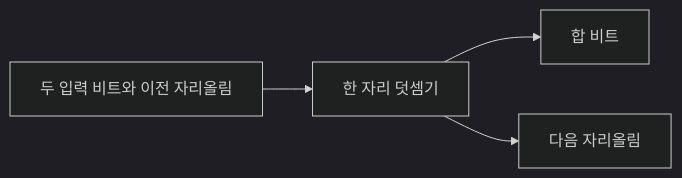
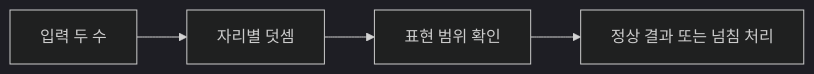
The diagram in content/topics/binary-arithmetic.md (moocongpapa/it-study), drawn with Mermaid (dark theme) before and after one commit. The commit also changed other lines of this file and 71 other files, not shown here.

````diff
--- a/content/topics/binary-arithmetic.md
+++ b/content/topics/binary-arithmetic.md
@@ -6,6 +20,5 @@
 ```mermaid
 flowchart LR
-  A["두 입력 비트와 이전 자리올림"] --> B["한 자리 덧셈기"]
-  B --> C["합 비트"]
-  B --> D["다음 자리올림"]
+ A["입력 두 수"] --> B["자리별 덧셈"] --> C["표현 범위 확인"]
+ C --> D["정상 결과 또는 넘침 처리"]
 ```
````
